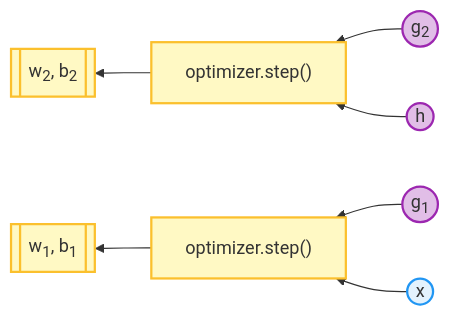
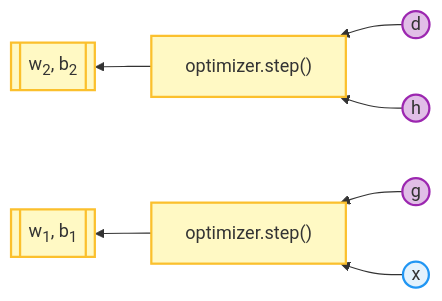
One commit to GPTmini/GPTmini changed the diagram in mermaid-scripts/01-layer-step.mmd. Above: the diagram before and after it, drawn with Mermaid. The commit also changed 6 other files, not shown here.

```diff
--- a/mermaid-scripts/01-layer-step.mmd
+++ b/mermaid-scripts/01-layer-step.mmd
@@ -1,12 +1,12 @@
 flowchart RL
     classDef in fill:#E3F2FD,stroke:#2196F3,stroke-width:2px;
     classDef model fill:#FFF9C4,stroke:#FBC02D,stroke-width:2px;
     classDef data fill:#E1BEE7,stroke:#9C27B0,stroke-width:2px;
     classDef test fill:#F8BBD0,stroke:#E91E63,stroke-width:2px;
     classDef out fill:#DCEDC8,stroke:#8BC34A,stroke-width:2px;
     classDef skip stroke:#B0BEC5,stroke-width:2px,stroke-dasharray: 5 5;
 
-    og((g<sub>2</sub>)):::data --> B2["optimizer.step()"]:::model --> W2[[w<sub>2</sub>, b<sub>2</sub>]]:::model
+    og((d)):::data --> B2["optimizer.step()"]:::model --> W2[[w<sub>2</sub>, b<sub>2</sub>]]:::model
     M((h)):::data --> B2
-    hg((g<sub>1</sub>)):::data --> B1["optimizer.step()"]:::model --> W1[[w<sub>1</sub>, b<sub>1</sub>]]:::model
+    hg((g)):::data --> B1["optimizer.step()"]:::model --> W1[[w<sub>1</sub>, b<sub>1</sub>]]:::model
     x((x)):::in --> B1
```
